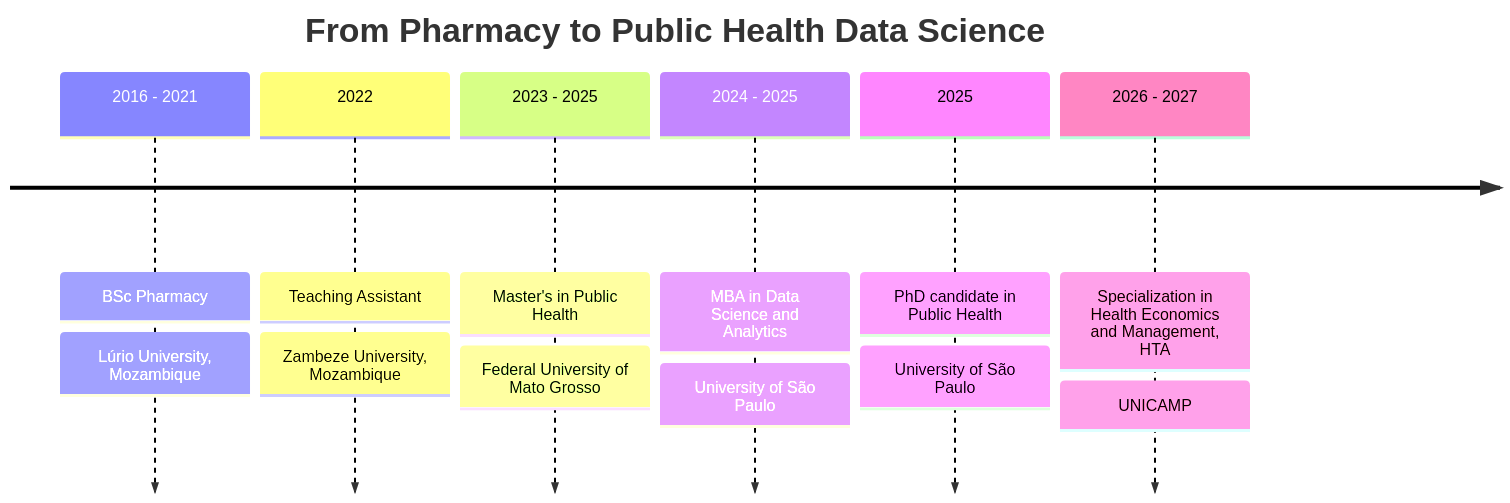
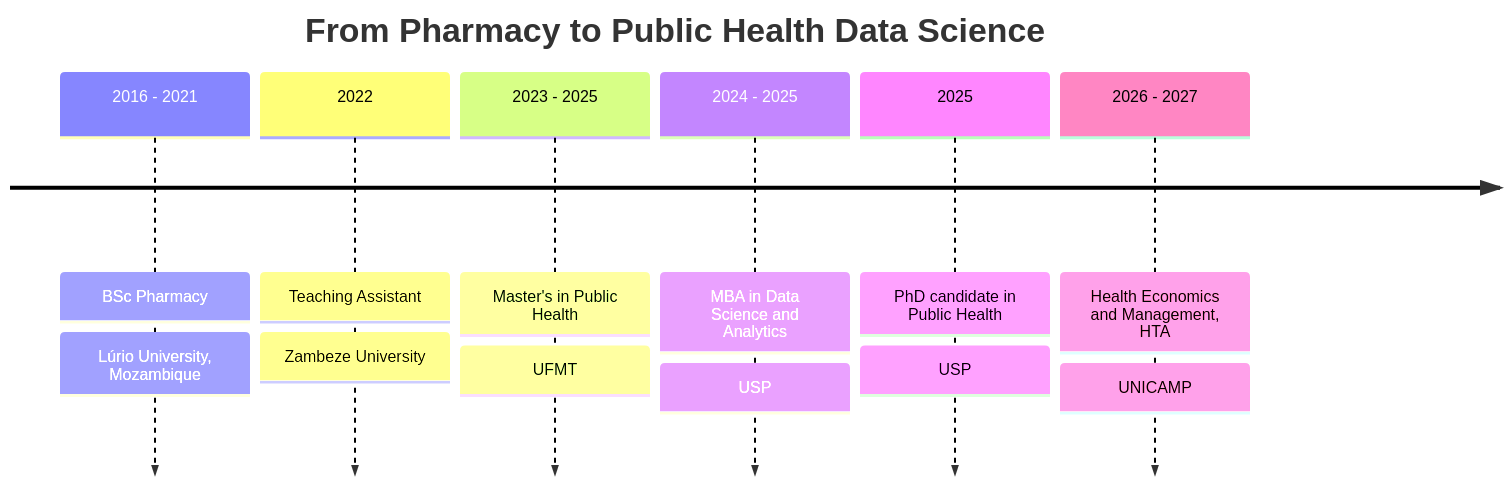
One commit to sancho2023/Sancho-Xavier changed the second of 2 diagrams in README.md. Above: the diagram before and after it, drawn with Mermaid. The commit also changed other lines of this file, not shown here.

````diff
--- a/README.md
+++ b/README.md
@@ -174,10 +280,10 @@
 ```mermaid
 timeline
     title From Pharmacy to Public Health Data Science
     2016 - 2021 : BSc Pharmacy : Lúrio University, Mozambique
-    2022 : Teaching Assistant : Zambeze University, Mozambique
-    2023 - 2025 : Master's in Public Health : Federal University of Mato Grosso
-    2024 - 2025 : MBA in Data Science and Analytics : University of São Paulo
-    2025 : PhD candidate in Public Health : University of São Paulo
-    2026 - 2027 : Specialization in Health Economics and Management, HTA : UNICAMP
+    2022 : Teaching Assistant : Zambeze University
+    2023 - 2025 : Master's in Public Health : UFMT
+    2024 - 2025 : MBA in Data Science and Analytics : USP
+    2025 : PhD candidate in Public Health : USP
+    2026 - 2027 : Health Economics and Management, HTA : UNICAMP
 ```
````
